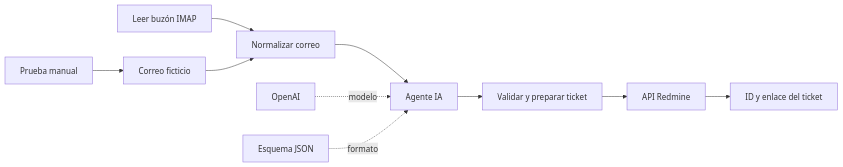
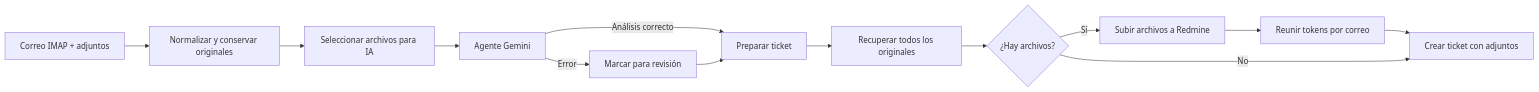
Before and after one commit to n8nmquito/ProyectoIA: the diagram in workflows/README.md, drawn with Mermaid. The commit also changed other lines of this file and 10 other files, not shown here.

Commit message:
Process email attachments with Gemini and upload originals to Redmine

````diff
--- a/workflows/README.md
+++ b/workflows/README.md
@@ -32,12 +24,15 @@
 ```mermaid
 flowchart LR
-    IMAP[Leer buzón IMAP] --> N[Normalizar correo]
-    M[Prueba manual] --> E[Correo ficticio]
-    E --> N
-    N --> A[Agente IA]
-    O[OpenAI] -. modelo .-> A
-    S[Esquema JSON] -. formato .-> A
-    A --> V[Validar y preparar ticket]
-    V --> R[API Redmine]
-    R --> T[ID y enlace del ticket]
+    E[Correo IMAP + adjuntos] --> N[Normalizar y conservar originales]
+    N --> S[Seleccionar archivos para IA]
+    S --> A[Agente Gemini]
+    A -->|Análisis correcto| P[Preparar ticket]
+    A -->|Error| F[Marcar para revisión]
+    F --> P
+    P --> R[Recuperar todos los originales]
+    R --> I{¿Hay archivos?}
+    I -->|Sí| U[Subir archivos a Redmine]
+    U --> T[Reunir tokens por correo]
+    T --> C[Crear ticket con adjuntos]
+    I -->|No| C
 ```
````
